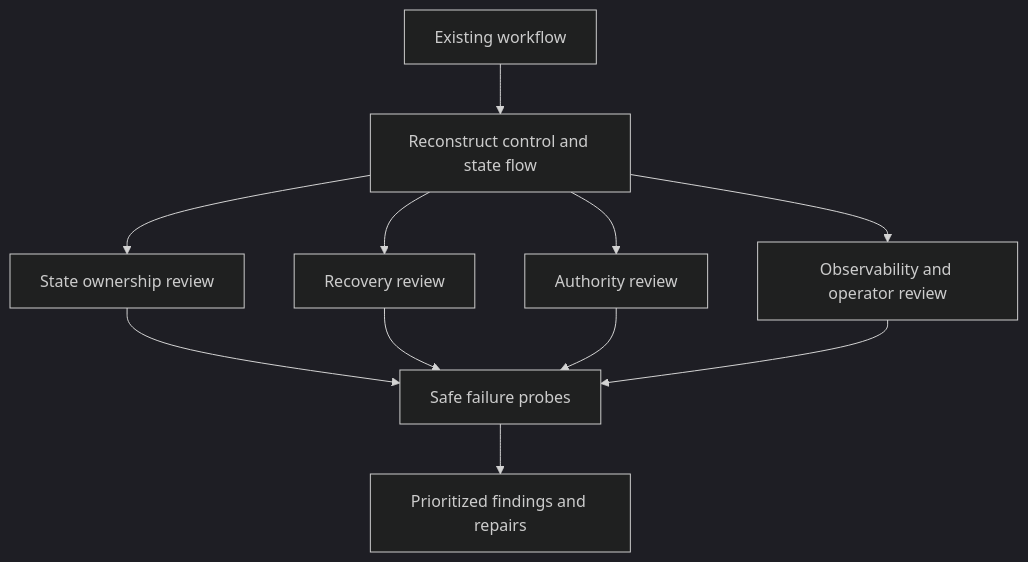
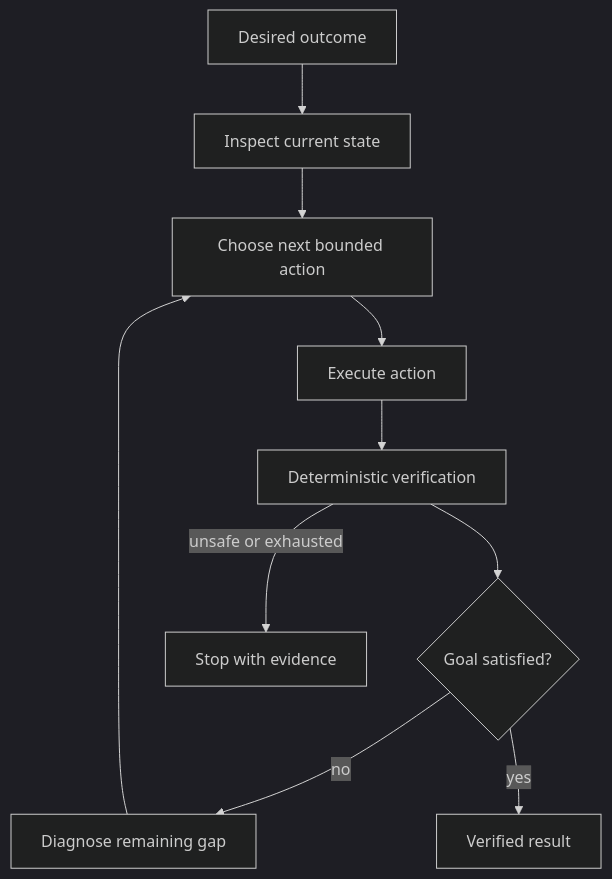
Before and after one commit to markovchainmontecarlo/sigil: the seventh of 8 diagrams in docs/explanation/ephemeral-sigil-patterns.md, drawn with Mermaid (dark theme). The commit also changed other lines of this file, not shown here.

````diff
--- a/docs/explanation/ephemeral-sigil-patterns.md
+++ b/docs/explanation/ephemeral-sigil-patterns.md
@@ -285,13 +218,12 @@
 ```mermaid
 flowchart TD
-  Workflow[Existing workflow] --> Model[Reconstruct control and state flow]
-  Model --> State[State ownership review]
-  Model --> Recovery[Recovery review]
-  Model --> Authority[Authority review]
-  Model --> Operations[Observability and operator review]
-  State --> Probes[Safe failure probes]
-  Recovery --> Probes
-  Authority --> Probes
-  Operations --> Probes
-  Probes --> Findings[Prioritized findings and repairs]
+  Goal[Desired outcome] --> Inspect[Inspect current state]
+  Inspect --> Plan[Choose next bounded action]
+  Plan --> Execute[Execute action]
+  Execute --> Verify[Deterministic verification]
+  Verify --> Done{Goal satisfied?}
+  Done -->|no| Diagnose[Diagnose remaining gap]
+  Diagnose --> Plan
+  Done -->|yes| Result[Verified result]
+  Verify -->|unsafe or exhausted| Stop[Stop with evidence]
 ```
````
